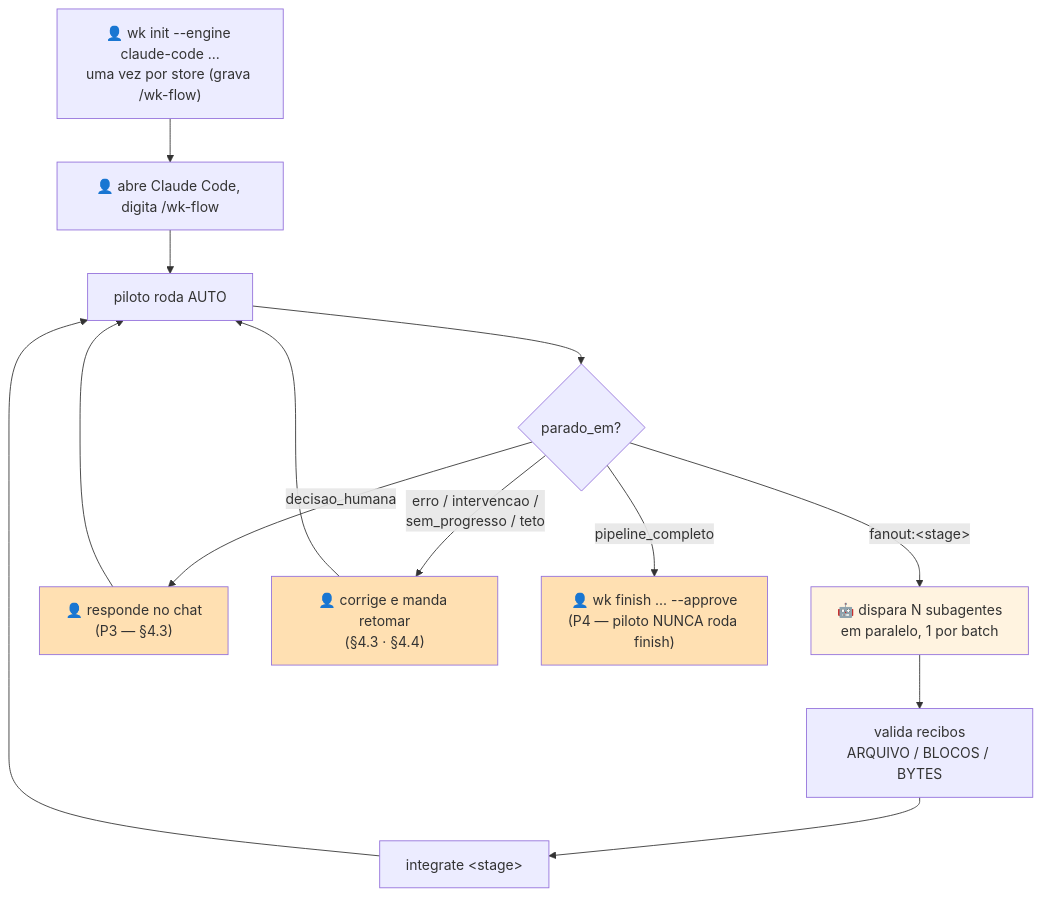
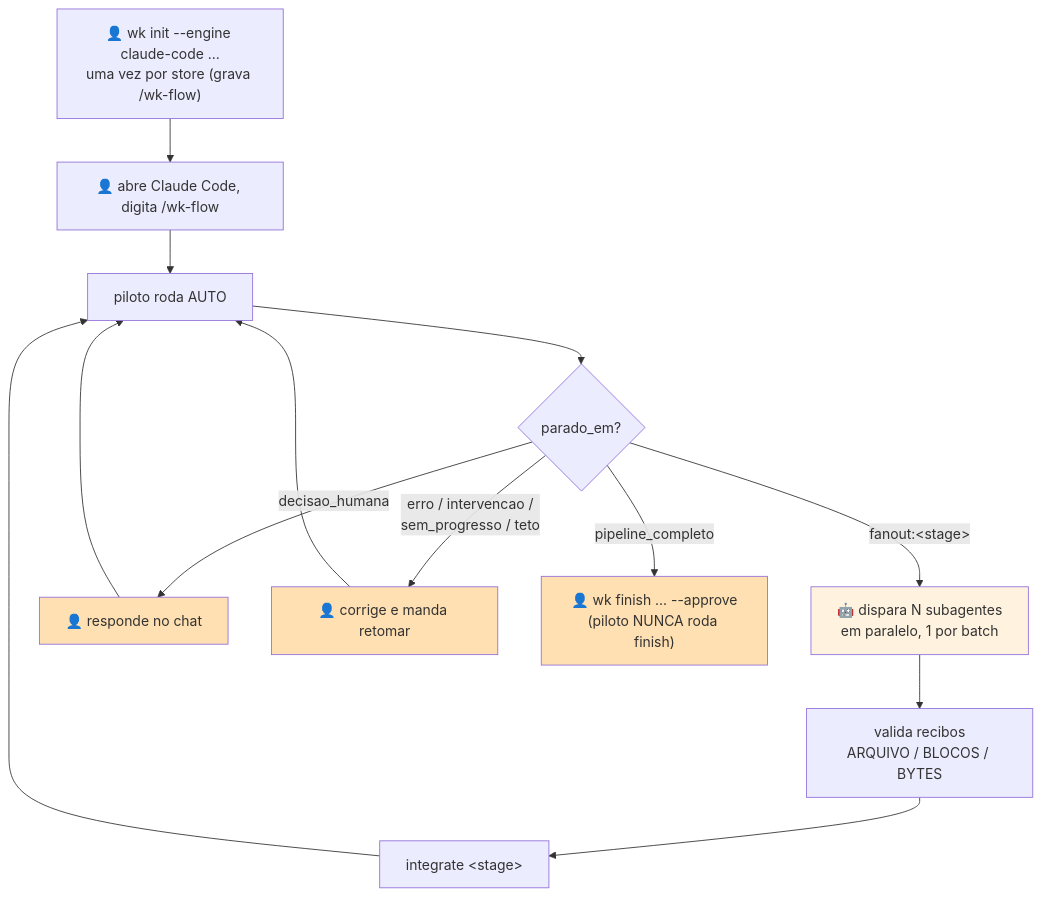
Before and after one commit to devDinoFukuda/wiki-ai: the diagram in README.md, drawn with Mermaid. The commit also changed other lines of this file and 1 other file, not shown here.

````diff
--- a/README.md
+++ b/README.md
@@ -92,20 +198,20 @@
 ```mermaid
 flowchart TD
     H1["👤 wk init --engine claude-code ...<br/>uma vez por store (grava /wk-flow)"] --> H2["👤 abre Claude Code, digita /wk-flow"]
     H2 --> AUTO["piloto roda AUTO"]
     AUTO --> CHECK{"parado_em?"}
     CHECK -->|"fanout:&lt;stage&gt;"| FAN["🤖 dispara N subagentes<br/>em paralelo, 1 por batch"]
     FAN --> VAL["valida recibos<br/>ARQUIVO / BLOCOS / BYTES"]
     VAL --> INT["integrate &lt;stage&gt;"]
     INT --> AUTO
-    CHECK -->|"decisao_humana"| DEC["👤 responde no chat<br/>(P3 — §4.3)"]
+    CHECK -->|"decisao_humana"| DEC["👤 responde no chat"]
     DEC --> AUTO
-    CHECK -->|"erro / intervencao /<br/>sem_progresso / teto"| STOPH["👤 corrige e manda retomar<br/>(§4.3 · §4.4)"]
+    CHECK -->|"erro / intervencao /<br/>sem_progresso / teto"| STOPH["👤 corrige e manda retomar"]
     STOPH --> AUTO
-    CHECK -->|"pipeline_completo"| FIN["👤 wk finish ... --approve<br/>(P4 — piloto NUNCA roda finish)"]
+    CHECK -->|"pipeline_completo"| FIN["👤 wk finish ... --approve<br/>(piloto NUNCA roda finish)"]
 
     style FAN fill:#fff3e0
     style DEC fill:#ffe0b2
     style STOPH fill:#ffe0b2
     style FIN fill:#ffe0b2
 ```
````
